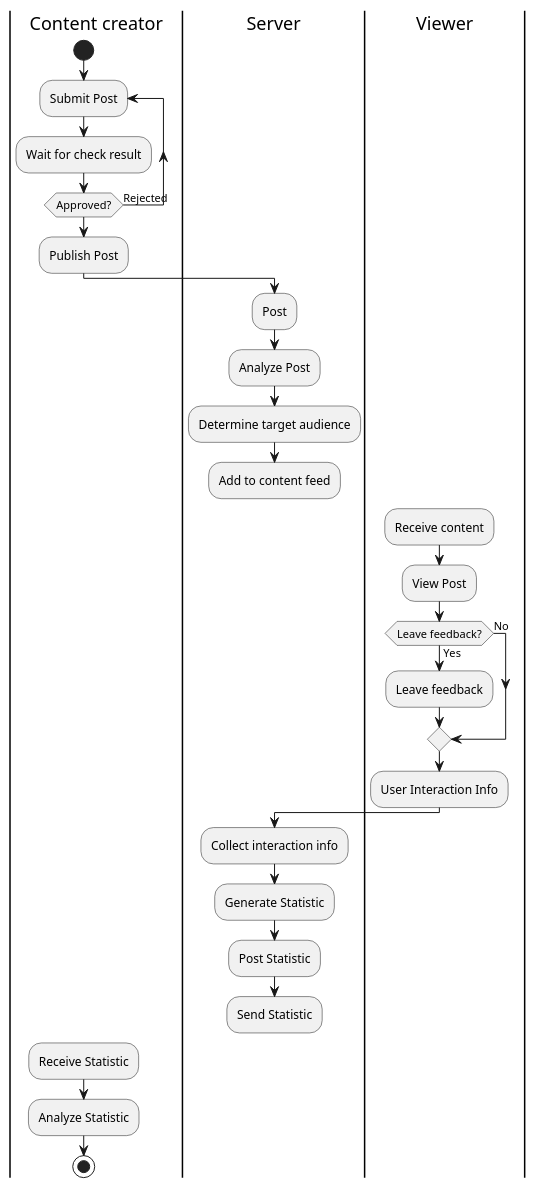
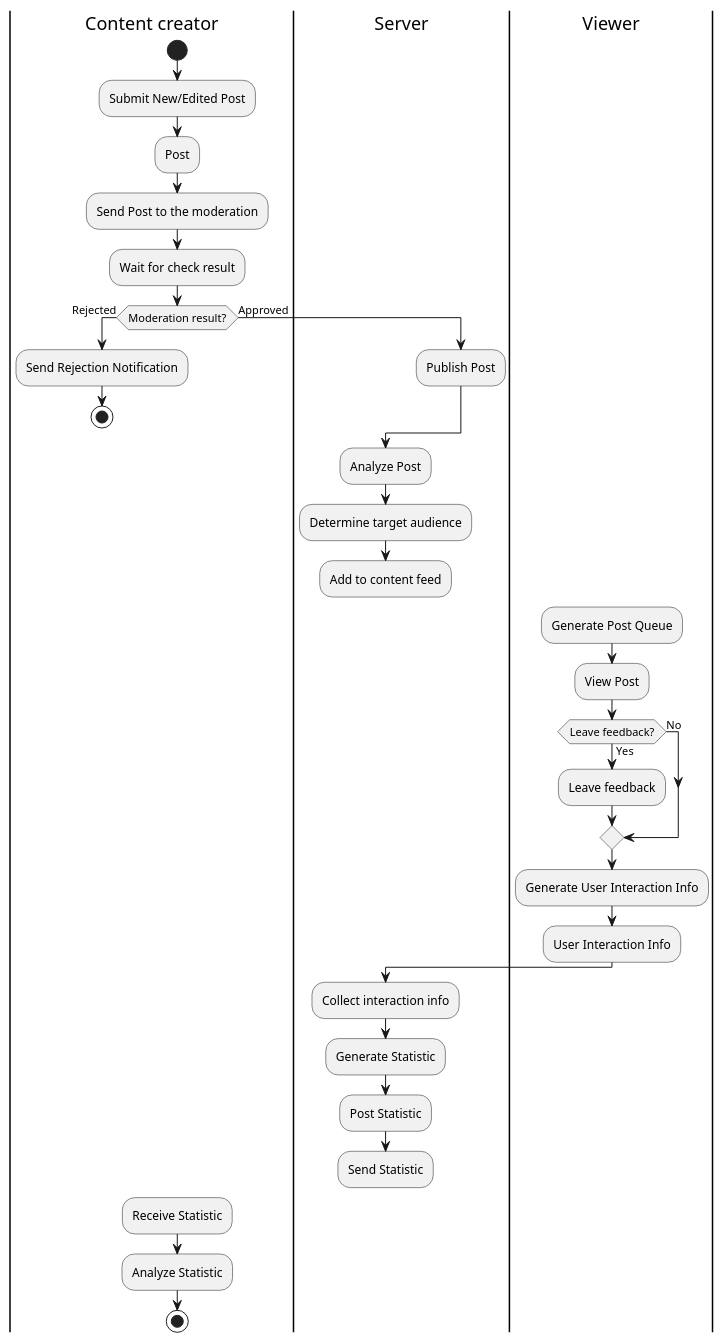
The diagram in Lab4/Lad4 description.puml (iWANbpe/Vaultbooking), drawn with PlantUML before and after one commit. The commit also changed 4 other files, not shown here.

```diff
--- a/Lab4/Lad4 description.puml
+++ b/Lab4/Lad4 description.puml
@@ -1,43 +1,49 @@
 @startuml
 |Content creator|
 start
-repeat :Submit Post;
+:Submit New/Edited Post;
+<<object>>:Post;
+<<sendSignal>>:Send Post to the moderation;
 <<acceptEvent>> :Wait for check result;
-repeat while (Approved?) is (Rejected)
+if (Moderation result?) then (Rejected)
+  <<sendSignal>>:Send Rejection Notification;
+  stop
+  |Content creator|
+else (Approved)
+|Server|
 :Publish Post;
-|Content creator|
+endif
 
-|Server|
-<<object>>:Post;
 :Analyze Post;
 :Determine target audience;
 <<sendSignal>> :Add to content feed;
 -[hidden]->
 |Server|
 
 |Viewer|
-<<acceptEvent>> :Receive content;
+<<acceptEvent>> :Generate Post Queue;
 :View Post;
 
 if (Leave feedback?) then (Yes)
   :Leave feedback;
 else (No)
 endif
+:Generate User Interaction Info;
 <<object>>:User Interaction Info;
 |Viewer|
 
 |Server|
 :Collect interaction info;
 :Generate Statistic;
 <<object>>:Post Statistic;
 <<sendSignal>>:Send Statistic;
 -[hidden]->
 |Server|
 
 |Content creator|
 <<acceptEvent>> :Receive Statistic;
 :Analyze Statistic;
 |Content creator|
 
 stop
 @enduml
```
